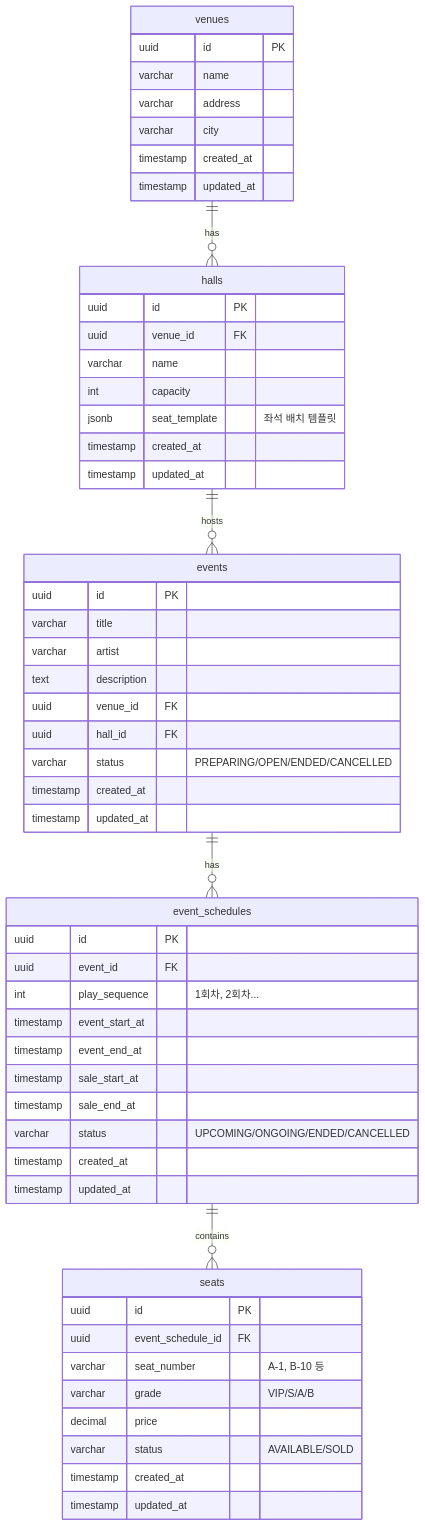
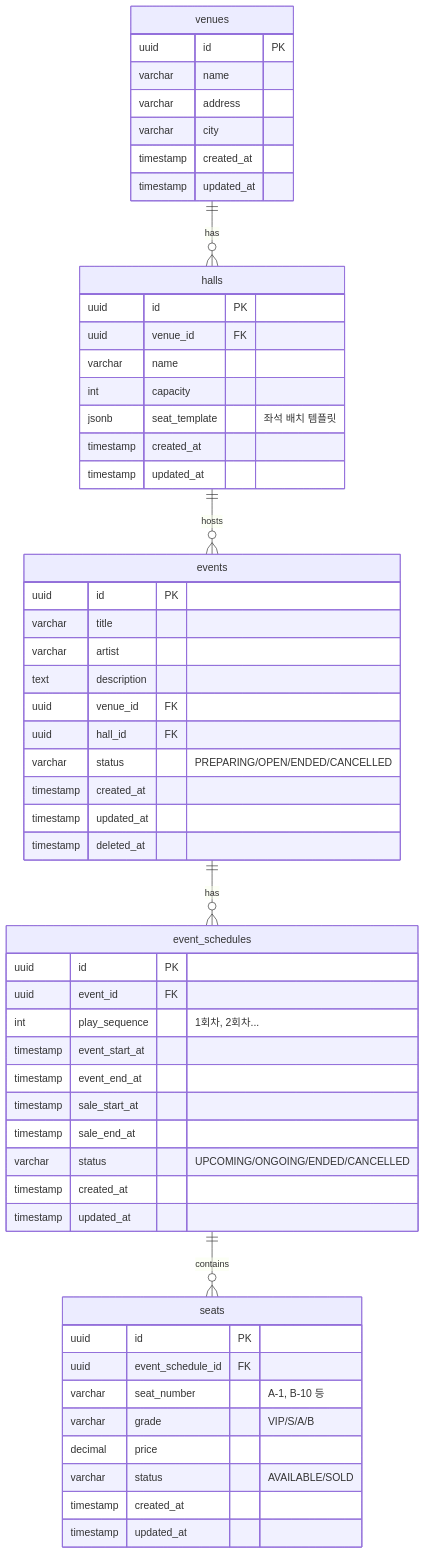
Before and after one commit to paircoders/ticket-queue: the second of 5 diagrams in docs/architecture/04_data.md, drawn with Mermaid.

Commit message:
chore: 문서events Table deleted_at 컬럼 추가

````diff
--- a/docs/architecture/04_data.md
+++ b/docs/architecture/04_data.md
@@ -320,62 +320,63 @@
 ```mermaid
 erDiagram
     venues ||--o{ halls : has
     halls ||--o{ events : hosts
     events ||--o{ event_schedules : has
     event_schedules ||--o{ seats : contains
 
     venues {
         uuid id PK
         varchar name
         varchar address
         varchar city
         timestamp created_at
         timestamp updated_at
     }
 
     halls {
         uuid id PK
         uuid venue_id FK
         varchar name
         int capacity
         jsonb seat_template "좌석 배치 템플릿"
         timestamp created_at
         timestamp updated_at
     }
 
     events {
         uuid id PK
         varchar title
         varchar artist
         text description
         uuid venue_id FK
         uuid hall_id FK
         varchar status "PREPARING/OPEN/ENDED/CANCELLED"
         timestamp created_at
         timestamp updated_at
+        timestamp deleted_at
     }
 
     event_schedules {
         uuid id PK
         uuid event_id FK
         int play_sequence "1회차, 2회차..."
         timestamp event_start_at
         timestamp event_end_at
         timestamp sale_start_at
         timestamp sale_end_at
         varchar status "UPCOMING/ONGOING/ENDED/CANCELLED"
         timestamp created_at
         timestamp updated_at
     }
 
     seats {
         uuid id PK
         uuid event_schedule_id FK
         varchar seat_number "A-1, B-10 등"
         varchar grade "VIP/S/A/B"
         decimal price
         varchar status "AVAILABLE/SOLD"
         timestamp created_at
         timestamp updated_at
     }
 ```
````
